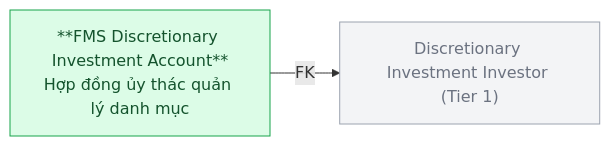
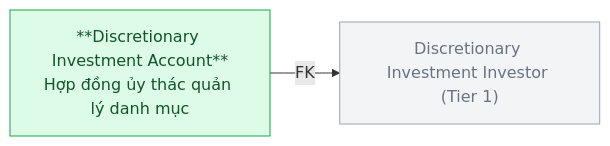
Before and after one commit to linhlvit/ubck_atomic_design: the tenth of 16 diagrams in Silver/hld/FMS_HLD_Tier2.md, drawn with Mermaid. The commit also changed other lines of this file and 32 other files, not shown here.

````diff
--- a/Silver/hld/FMS_HLD_Tier2.md
+++ b/Silver/hld/FMS_HLD_Tier2.md
@@ -235,10 +235,10 @@
 ```mermaid
 graph LR
     classDef silver fill:#dcfce7,stroke:#16a34a,color:#14532d
     classDef refnode fill:#f3f4f6,stroke:#9ca3af,color:#6b7280
 
     DII["Discretionary Investment Investor (Tier 1)"]:::refnode
-    IACC["**FMS Discretionary Investment Account**\nHợp đồng ủy thác quản lý danh mục"]:::silver
+    IACC["**Discretionary Investment Account**\nHợp đồng ủy thác quản lý danh mục"]:::silver
 
     IACC -->|FK| DII
 ```
````
